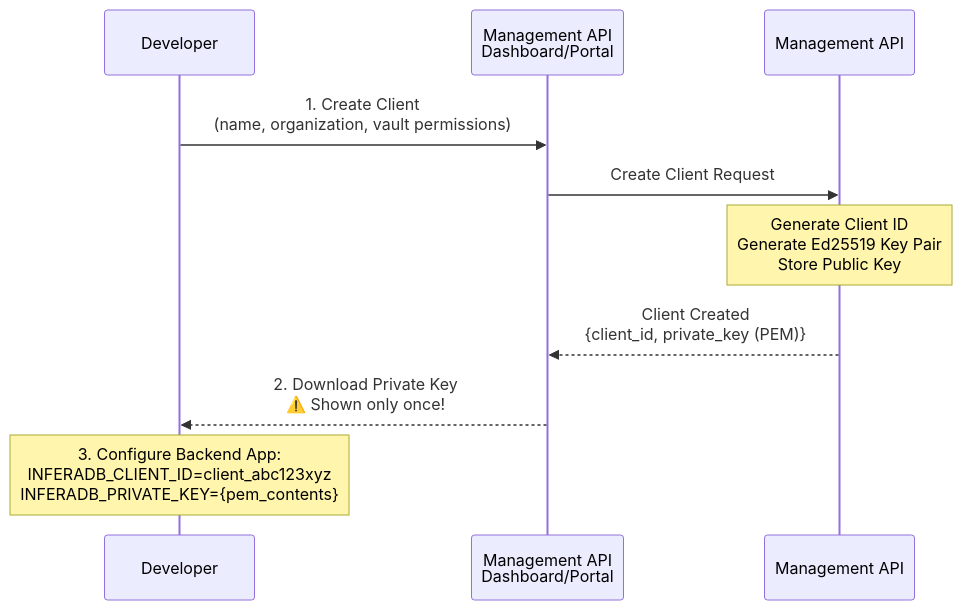
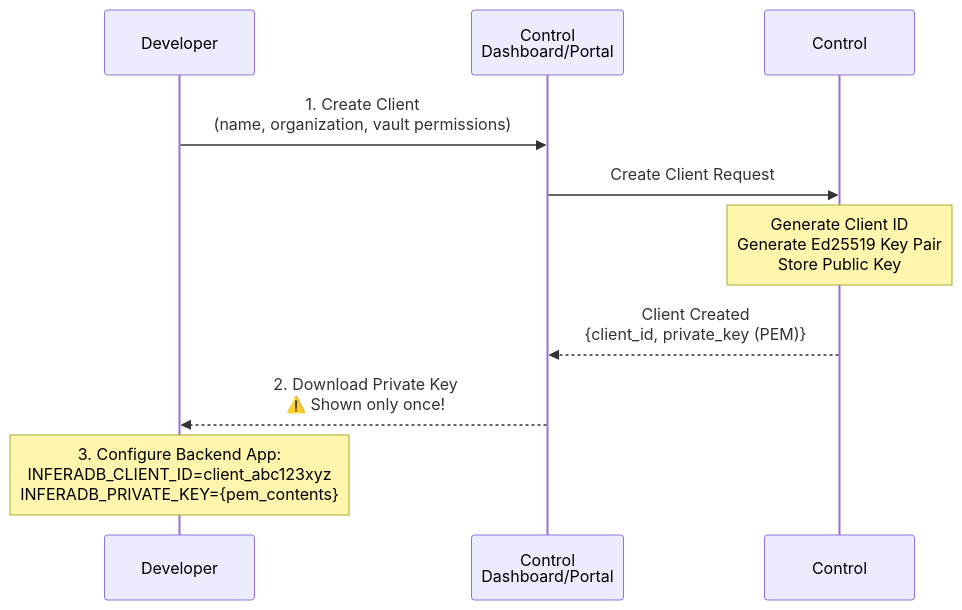
Before and after one commit to inferadb/control: the third of 8 diagrams in docs/authentication.md, drawn with Mermaid. The commit also changed other lines of this file and 245 other files, not shown here.

````diff
--- a/docs/authentication.md
+++ b/docs/authentication.md
@@ -430,18 +430,18 @@
 ```mermaid
 sequenceDiagram
     participant Dev as Developer
-    participant Portal as Management API<br/>Dashboard/Portal
-    participant MgmtAPI as Management API
+    participant Portal as Control<br/>Dashboard/Portal
+    participant MgmtAPI as Control
 
     Dev->>Portal: 1. Create Client<br/>(name, organization, vault permissions)
 
     Portal->>MgmtAPI: Create Client Request
 
     Note over MgmtAPI: Generate Client ID<br/>Generate Ed25519 Key Pair<br/>Store Public Key
 
     MgmtAPI-->>Portal: Client Created<br/>{client_id, private_key (PEM)}
 
     Portal-->>Dev: 2. Download Private Key<br/>⚠️ Shown only once!
 
     Note over Dev: 3. Configure Backend App:<br/>INFERADB_CLIENT_ID=client_abc123xyz<br/>INFERADB_PRIVATE_KEY={pem_contents}
 ```
````
